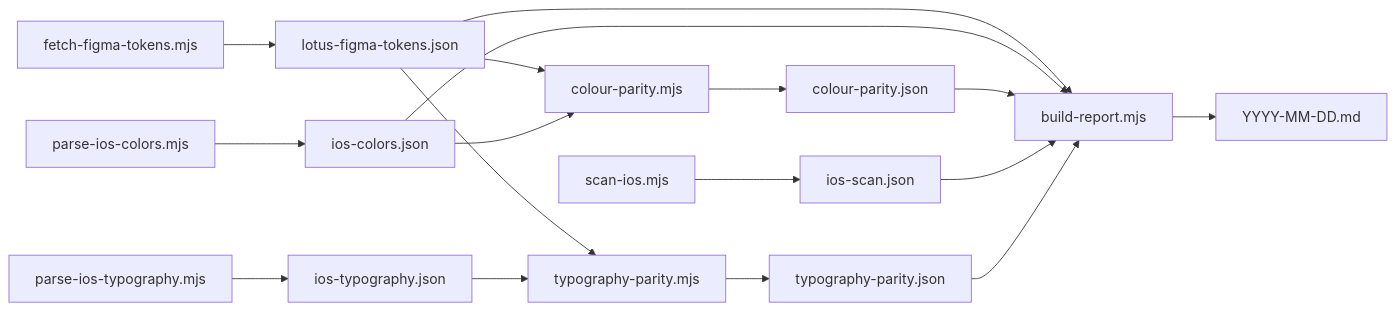
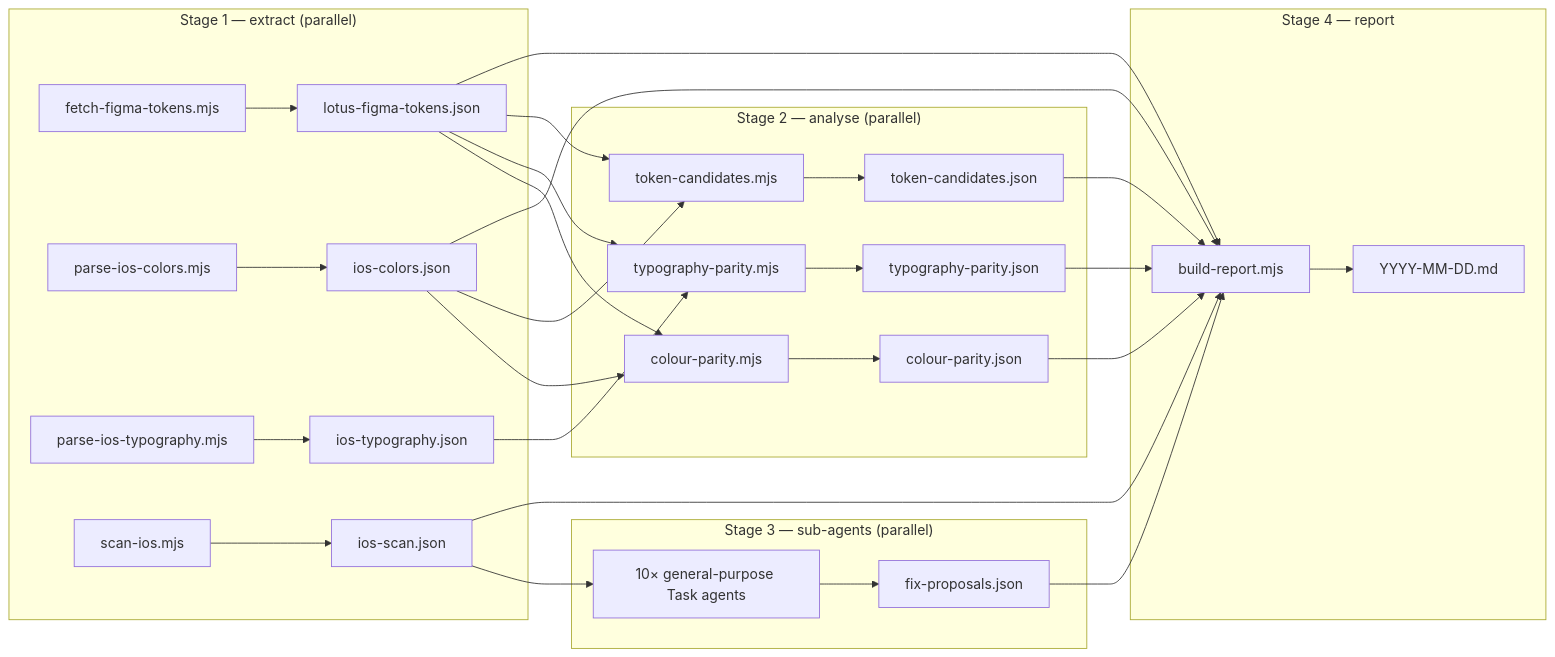
One commit to parkhub/Lotus changed the diagram in .claude/skills/lotus-audit-ios/SKILL.md. Above: the diagram before and after it, drawn with Mermaid. The commit also changed other lines of this file and 2 other files, not shown here.

First line of the commit message:
DES-374: token candidates + parallel pipeline + sub-agent fix proposals

````diff
--- a/.claude/skills/lotus-audit-ios/SKILL.md
+++ b/.claude/skills/lotus-audit-ios/SKILL.md
@@ -108,19 +110,24 @@
 ```mermaid
 flowchart LR
-  A[fetch-figma-tokens.mjs] --> P1[lotus-figma-tokens.json]
-  B[parse-ios-colors.mjs] --> P2[ios-colors.json]
-  T[parse-ios-typography.mjs] --> P5[ios-typography.json]
-  P1 --> C[colour-parity.mjs]
-  P2 --> C
-  C --> P3[colour-parity.json]
-  P1 --> Tp[typography-parity.mjs]
-  P5 --> Tp
-  Tp --> P6[typography-parity.json]
-  D[scan-ios.mjs] --> P4[ios-scan.json]
-  P1 --> E[build-report.mjs]
-  P2 --> E
-  P3 --> E
-  P4 --> E
-  P6 --> E
-  E --> R[YYYY-MM-DD.md]
+  subgraph S1["Stage 1 — extract (parallel)"]
+    A[fetch-figma-tokens.mjs] --> P1[lotus-figma-tokens.json]
+    B[parse-ios-colors.mjs] --> P2[ios-colors.json]
+    T[parse-ios-typography.mjs] --> P5[ios-typography.json]
+    D[scan-ios.mjs] --> P4[ios-scan.json]
+  end
+  subgraph S2["Stage 2 — analyse (parallel)"]
+    P1 --> C[colour-parity.mjs] --> P3[colour-parity.json]
+    P2 --> C
+    P1 --> Tp[typography-parity.mjs] --> P6[typography-parity.json]
+    P5 --> Tp
+    P1 --> Tc[token-candidates.mjs] --> P7[token-candidates.json]
+    P2 --> Tc
+  end
+  subgraph S3["Stage 3 — sub-agents (parallel)"]
+    P4 --> SA[10× general-purpose Task agents]
+    SA --> P8[fix-proposals.json]
+  end
+  subgraph S4["Stage 4 — report"]
+    P1 & P2 & P3 & P4 & P6 & P7 & P8 --> E[build-report.mjs] --> R[YYYY-MM-DD.md]
+  end
 ```
````
